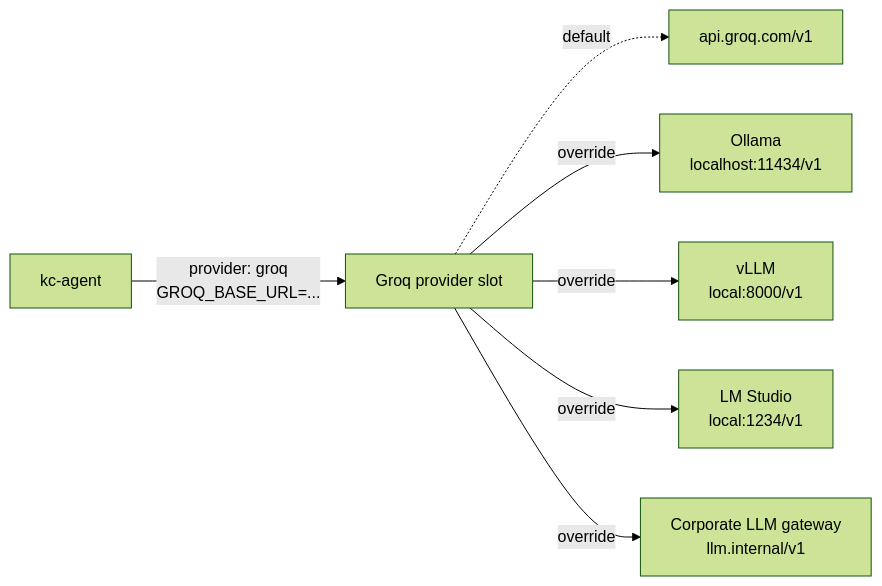
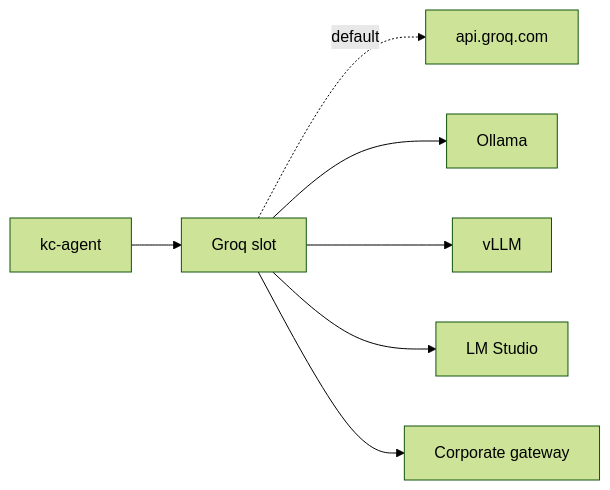
One commit to kubestellar/docs changed the sixth of 6 diagrams in docs/content/console/security-model.md. Above: the diagram before and after it, drawn with Mermaid (forest theme). The commit also changed other lines of this file, not shown here.

Commit message:
📖 docs(console): aggressively simplify mermaid labels for narrow renders

````diff
--- a/docs/content/console/security-model.md
+++ b/docs/content/console/security-model.md
@@ -159,9 +157,9 @@
 ```mermaid
 flowchart LR
-    KA[kc-agent] -->|provider: groq<br/>GROQ_BASE_URL=...| SLOT[Groq provider slot]
-    SLOT -.default.-> GRQ[api.groq.com/v1]
-    SLOT -->|override| OLLA[Ollama<br/>localhost:11434/v1]
-    SLOT -->|override| VLLM[vLLM<br/>local:8000/v1]
-    SLOT -->|override| LM[LM Studio<br/>local:1234/v1]
-    SLOT -->|override| GW[Corporate LLM gateway<br/>llm.internal/v1]
+    KA[kc-agent] --> SLOT[Groq slot]
+    SLOT -.default.-> GRQ[api.groq.com]
+    SLOT --> OLLA[Ollama]
+    SLOT --> VLLM[vLLM]
+    SLOT --> LM[LM Studio]
+    SLOT --> GW[Corporate gateway]
 ```
````
